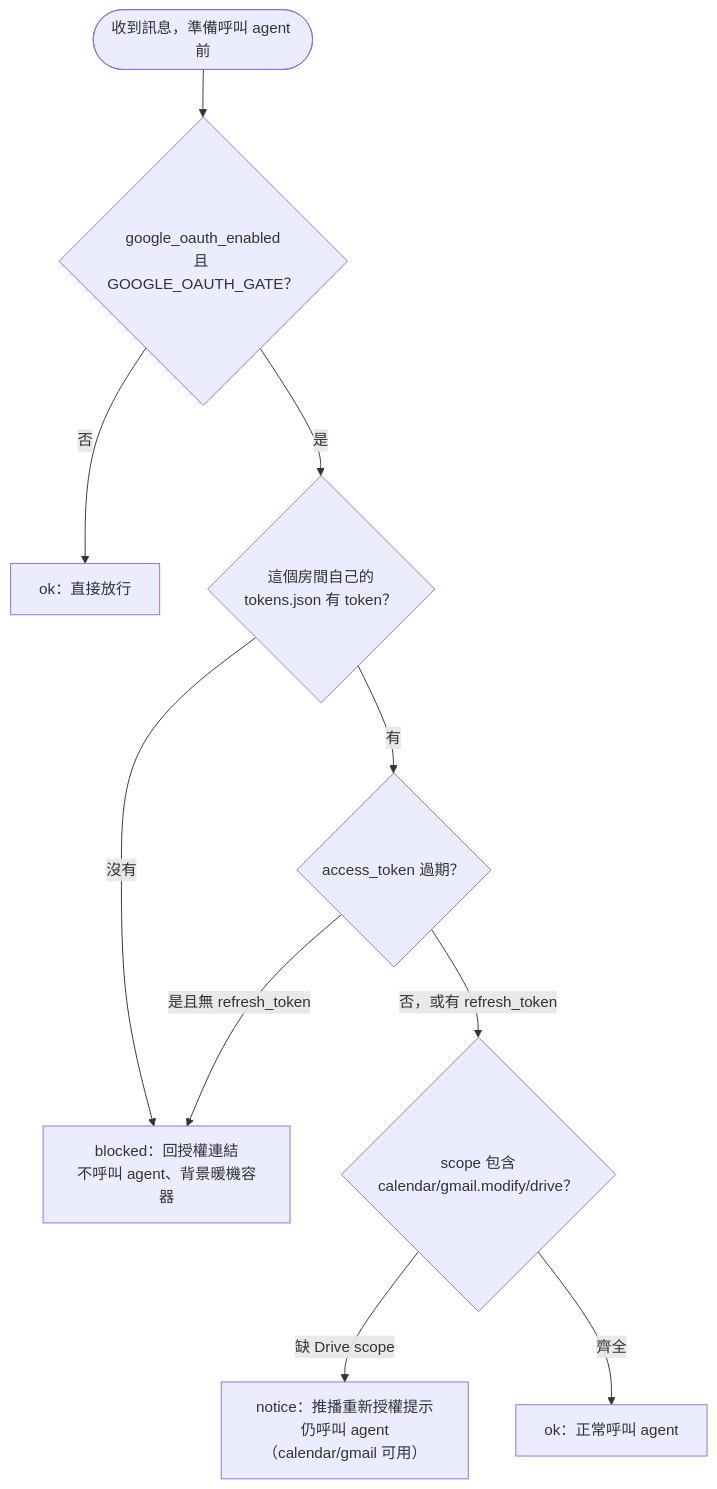
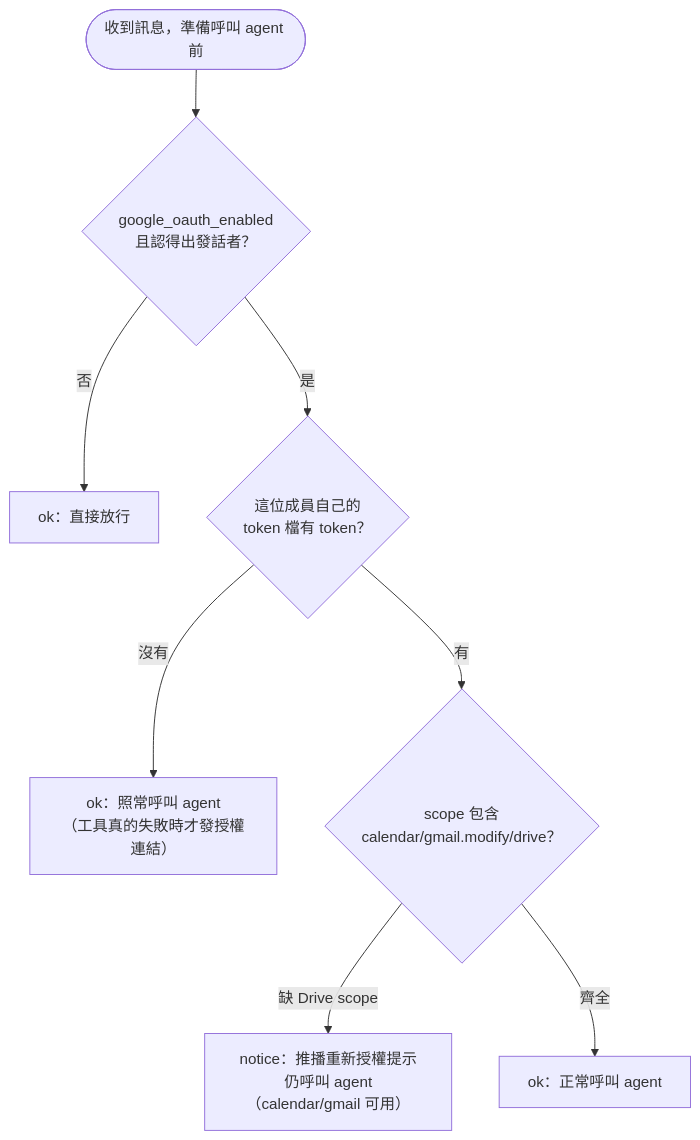
Before and after one commit to marychouchou/alice-office: the diagram in docs/google-workspace-setup.md, drawn with Mermaid. The commit also changed other lines of this file and 17 other files, not shown here.

````diff
--- a/docs/google-workspace-setup.md
+++ b/docs/google-workspace-setup.md
@@ -65,12 +69,10 @@
 ```mermaid
 flowchart TD
-    Start(["收到訊息，準備呼叫 agent 前"]) --> Enabled{"google_oauth_enabled<br/>且 GOOGLE_OAUTH_GATE？"}
+    Start(["收到訊息，準備呼叫 agent 前"]) --> Enabled{"google_oauth_enabled<br/>且認得出發話者？"}
     Enabled -- "否" --> Ok1["ok：直接放行"]
-    Enabled -- "是" --> HasToken{"這個房間自己的<br/>tokens.json 有 token？"}
-    HasToken -- "沒有" --> Blocked["blocked：回授權連結<br/>不呼叫 agent、背景暖機容器"]
-    HasToken -- "有" --> Expired{"access_token 過期？"}
-    Expired -- "是且無 refresh_token" --> Blocked
-    Expired -- "否，或有 refresh_token" --> Scopes{"scope 包含<br/>calendar/gmail.modify/drive？"}
+    Enabled -- "是" --> HasToken{"這位成員自己的<br/>token 檔有 token？"}
+    HasToken -- "沒有" --> Ok3["ok：照常呼叫 agent<br/>（工具真的失敗時才發授權連結）"]
+    HasToken -- "有" --> Scopes{"scope 包含<br/>calendar/gmail.modify/drive？"}
     Scopes -- "缺 Drive scope" --> Notice["notice：推播重新授權提示<br/>仍呼叫 agent（calendar/gmail 可用）"]
     Scopes -- "齊全" --> Ok2["ok：正常呼叫 agent"]
 ```
````
